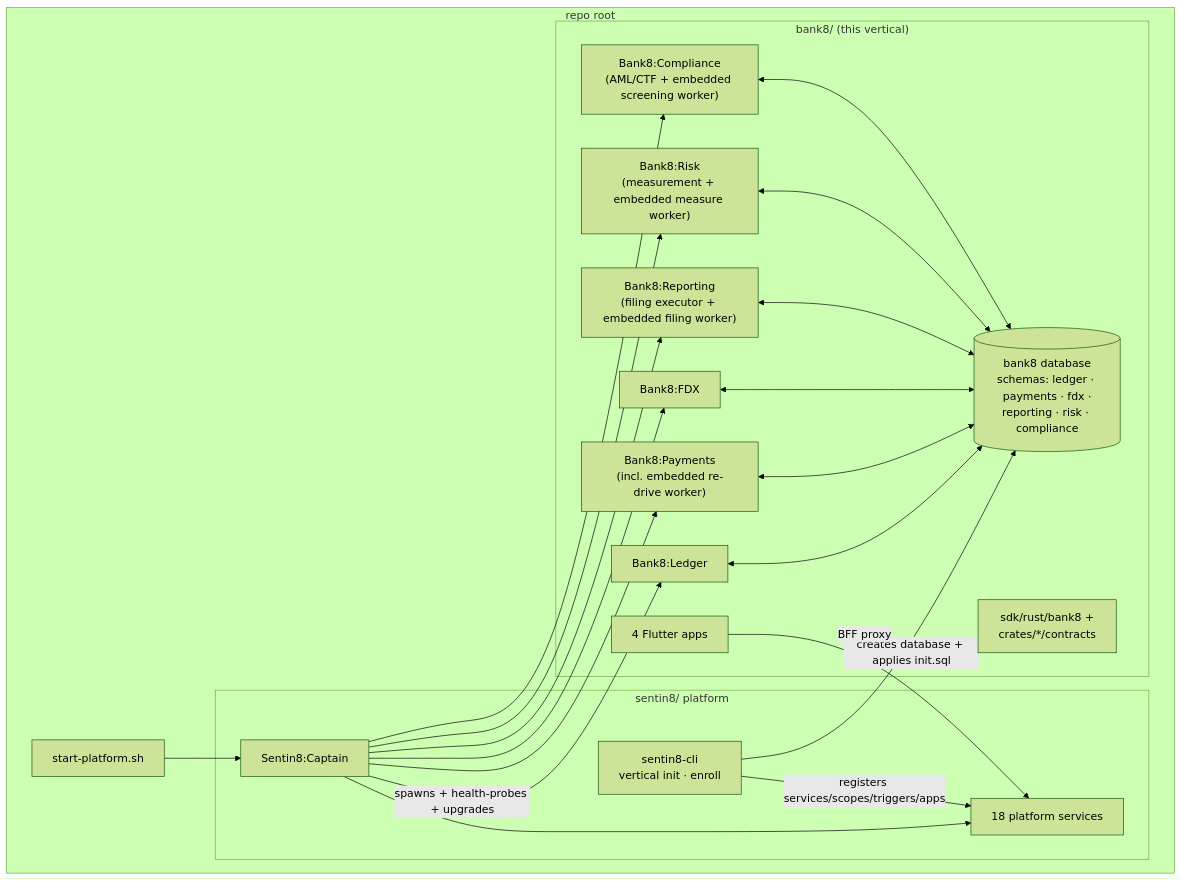
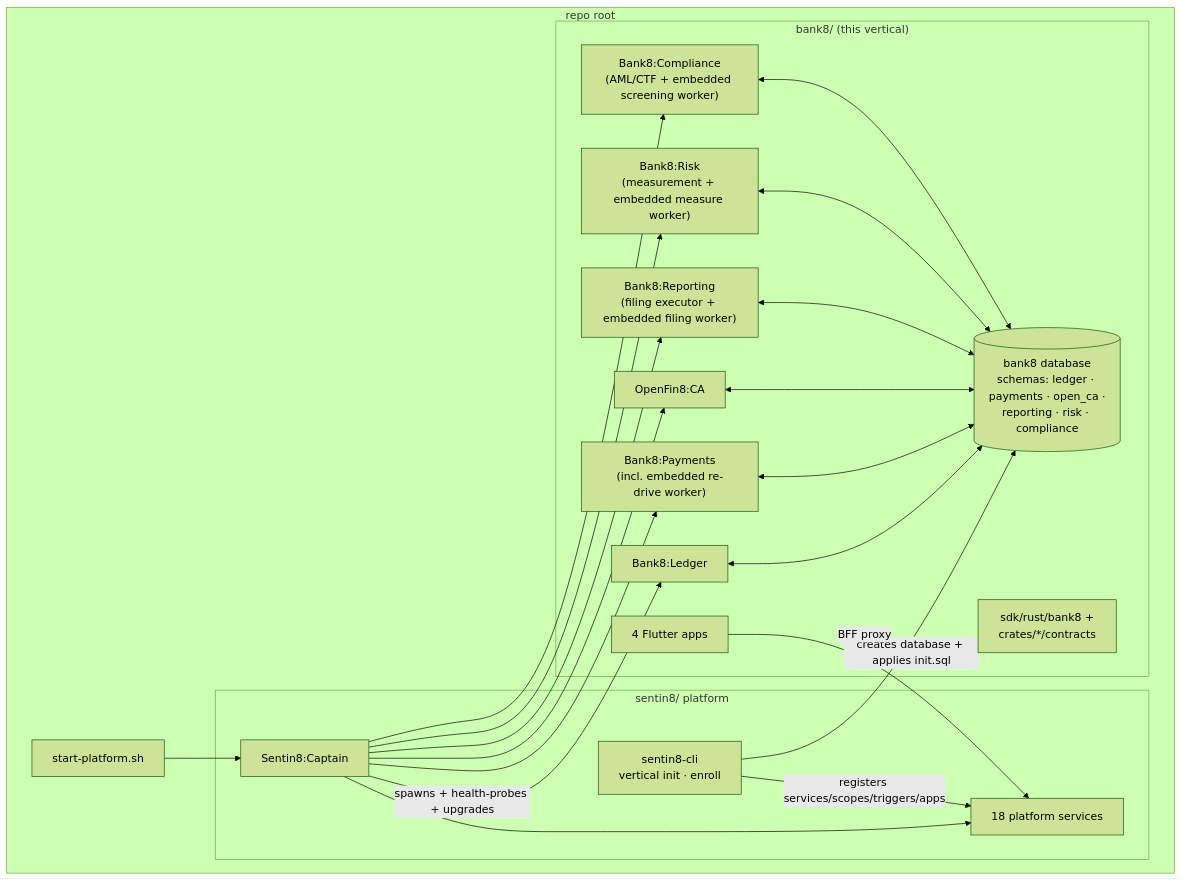
The first of 8 diagrams in DESIGN.md (Bank8-dev/bank8), drawn with Mermaid (forest theme) before and after one commit. The commit also changed other lines of this file and 5 other files, not shown here.

First line of the commit message:
OBVERT-2: bank8 releases the open services to the OpenFin8 vertical

````diff
--- a/DESIGN.md
+++ b/DESIGN.md
@@ -19,33 +19,33 @@
 ```mermaid
 graph TD
     subgraph repo["repo root"]
         ROOT["start-platform.sh"]
         subgraph sentin8["sentin8/ platform"]
             CLI["sentin8-cli<br/>vertical init · enroll"]
             CAPT["Sentin8:Captain"]
             SVC["18 platform services"]
         end
         subgraph bank8["bank8/ (this vertical)"]
             LEDGER["Bank8:Ledger"]
             PAY["Bank8:Payments<br/>(incl. embedded re-drive worker)"]
-            FDX["Bank8:FDX"]
+            FDX["OpenFin8:CA"]
             RPT["Bank8:Reporting<br/>(filing executor + embedded filing worker)"]
             RSK["Bank8:Risk<br/>(measurement + embedded measure worker)"]
             CMP["Bank8:Compliance<br/>(AML/CTF + embedded screening worker)"]
             APPS["4 Flutter apps"]
             SDK["sdk/rust/bank8 +<br/>crates/*/contracts"]
-            PG[("bank8 database<br/>schemas: ledger · payments · fdx ·<br/>reporting · risk · compliance")]
+            PG[("bank8 database<br/>schemas: ledger · payments · open_ca ·<br/>reporting · risk · compliance")]
         end
     end
     ROOT --> CAPT --> SVC
     CLI -->|"creates database + applies init.sql"| PG
     CLI -->|"registers services/scopes/triggers/apps"| SVC
     CAPT -->|"spawns + health-probes + upgrades"| LEDGER
     CAPT --> PAY
     CAPT --> FDX
     CAPT --> RPT
     CAPT --> RSK
     CAPT --> CMP
     LEDGER & PAY & FDX & RPT & RSK & CMP <--> PG
     APPS -->|"BFF proxy"| SVC
 ```
````
